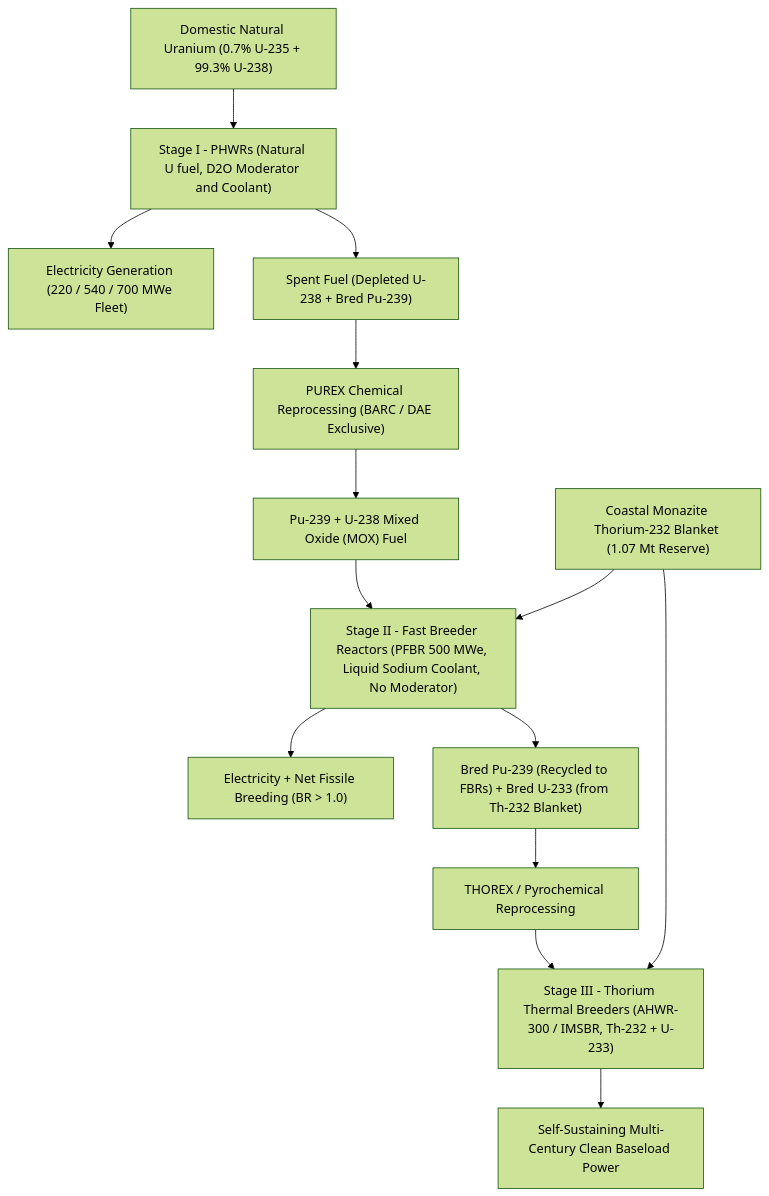
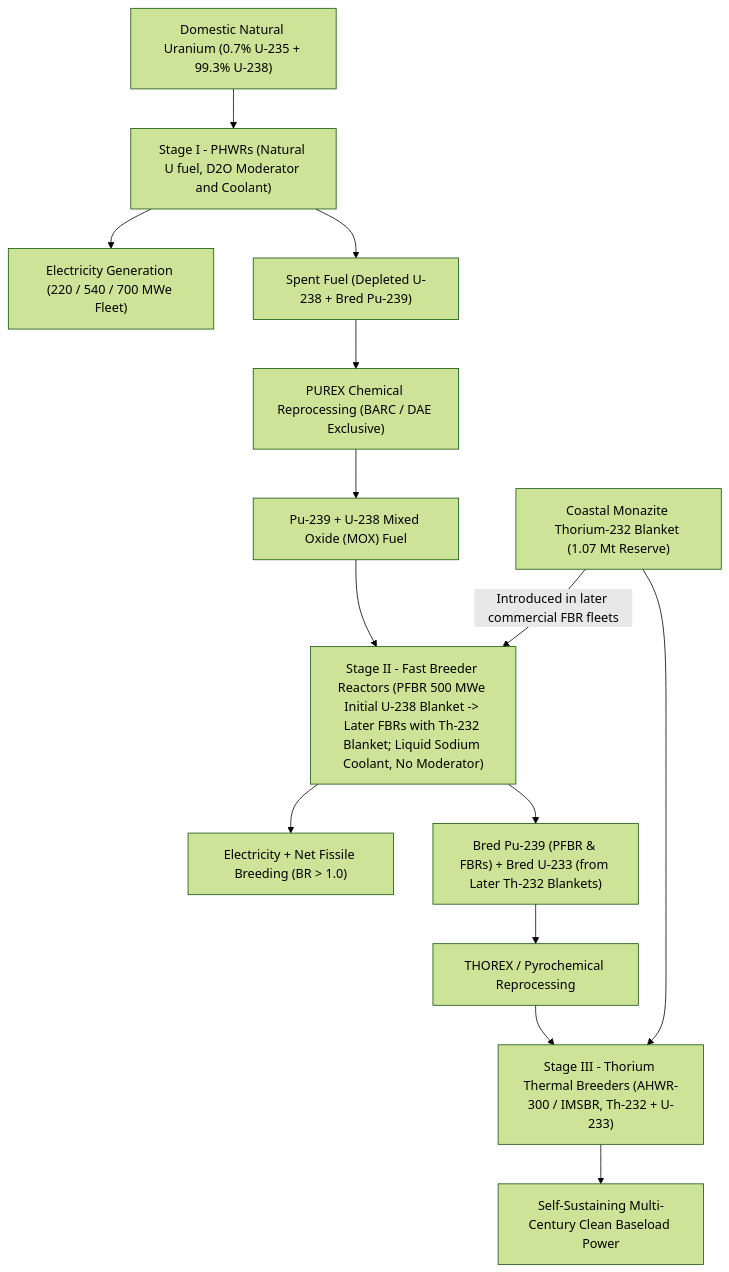
The diagram in vaults/web/Civil Service/12. Science and Strategic Technology/2. Nuclear Physics, 3-Stage Cycle, PFBR, SMRs & SHANTI Act 2025.md (Storm-fyre/Tachylite), drawn with Mermaid (forest theme) before and after one commit. The commit also changed other lines of this file and 197 other files, not shown here.

````diff
--- a/vaults/web/Civil Service/12. Science and Strategic Technology/2. Nuclear Physics, 3-Stage Cycle, PFBR, SMRs & SHANTI Act 2025.md
+++ b/vaults/web/Civil Service/12. Science and Strategic Technology/2. Nuclear Physics, 3-Stage Cycle, PFBR, SMRs & SHANTI Act 2025.md
@@ -45,16 +45,16 @@
 ```mermaid
 flowchart TD
     U["Domestic Natural Uranium (0.7% U-235 + 99.3% U-238)"] --> S1["Stage I - PHWRs (Natural U fuel, D2O Moderator and Coolant)"]
     S1 --> E1["Electricity Generation (220 / 540 / 700 MWe Fleet)"]
     S1 --> SF1["Spent Fuel (Depleted U-238 + Bred Pu-239)"]
     SF1 --> REP1["PUREX Chemical Reprocessing (BARC / DAE Exclusive)"]
     REP1 --> MOX["Pu-239 + U-238 Mixed Oxide (MOX) Fuel"]
-    MOX --> S2["Stage II - Fast Breeder Reactors (PFBR 500 MWe, Liquid Sodium Coolant, No Moderator)"]
-    TH["Coastal Monazite Thorium-232 Blanket (1.07 Mt Reserve)"] --> S2
+    MOX --> S2["Stage II - Fast Breeder Reactors (PFBR 500 MWe Initial U-238 Blanket -> Later FBRs with Th-232 Blanket; Liquid Sodium Coolant, No Moderator)"]
+    TH["Coastal Monazite Thorium-232 Blanket (1.07 Mt Reserve)"] -->|"Introduced in later commercial FBR fleets"| S2
     S2 --> E2["Electricity + Net Fissile Breeding (BR > 1.0)"]
-    S2 --> BRED["Bred Pu-239 (Recycled to FBRs) + Bred U-233 (from Th-232 Blanket)"]
+    S2 --> BRED["Bred Pu-239 (PFBR & FBRs) + Bred U-233 (from Later Th-232 Blankets)"]
     BRED --> REP2["THOREX / Pyrochemical Reprocessing"]
     REP2 --> S3["Stage III - Thorium Thermal Breeders (AHWR-300 / IMSBR, Th-232 + U-233)"]
     TH --> S3
     S3 --> E3["Self-Sustaining Multi-Century Clean Baseload Power"]
 ```
````
